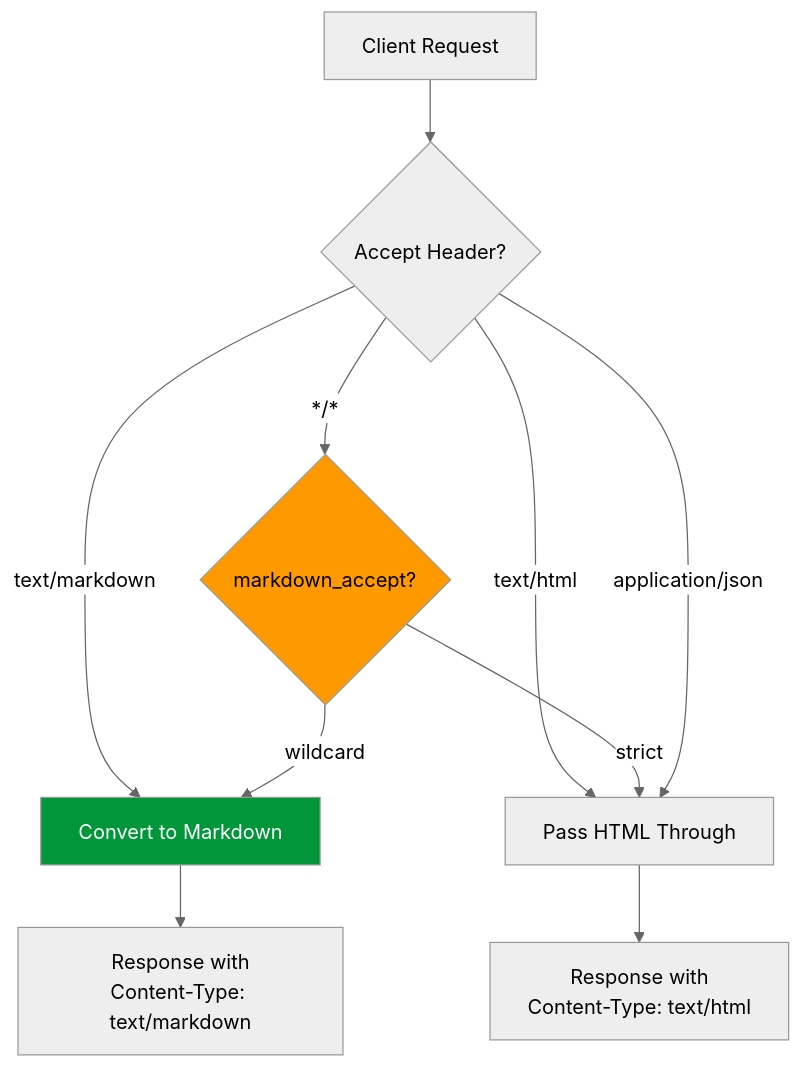
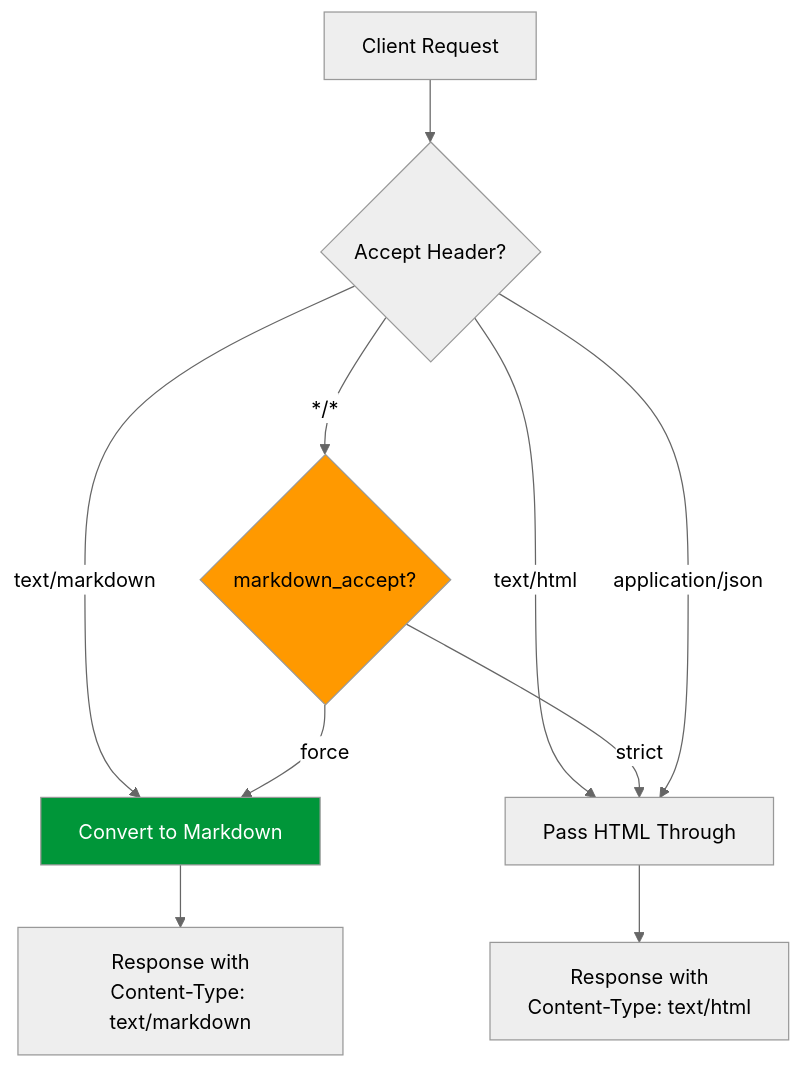
One commit to cnkang/nginx-markdown-for-agents changed the diagram in docs/features/CONTENT_NEGOTIATION.md. Above: the diagram before and after it, drawn with Mermaid (neutral theme). The commit also changed other lines of this file and 223 other files, not shown here.

````diff
--- a/docs/features/CONTENT_NEGOTIATION.md
+++ b/docs/features/CONTENT_NEGOTIATION.md
@@ -5,15 +5,15 @@
 ```mermaid
 flowchart TD
     Client["Client Request"] --> Accept{"Accept Header?"}
     Accept -->|"text/markdown"| Convert["Convert to Markdown"]
     Accept -->|"text/html"| PassHTML["Pass HTML Through"]
-    Accept -->|"*/*"| Wildcard{"markdown_accept?"}
-    Wildcard -->|wildcard| Convert
-    Wildcard -->|strict| PassHTML
+    Accept -->|"*/*"| Policy{"markdown_accept?"}
+    Policy -->|force| Convert
+    Policy -->|strict| PassHTML
     Accept -->|"application/json"| PassHTML
     Convert --> Response["Response with<br/>Content-Type: text/markdown"]
     PassHTML --> Response2["Response with<br/>Content-Type: text/html"]
 
     style Convert fill:#009639,color:#fff
-    style Wildcard fill:#f90,color:#000
+    style Policy fill:#f90,color:#000
 ```
````
